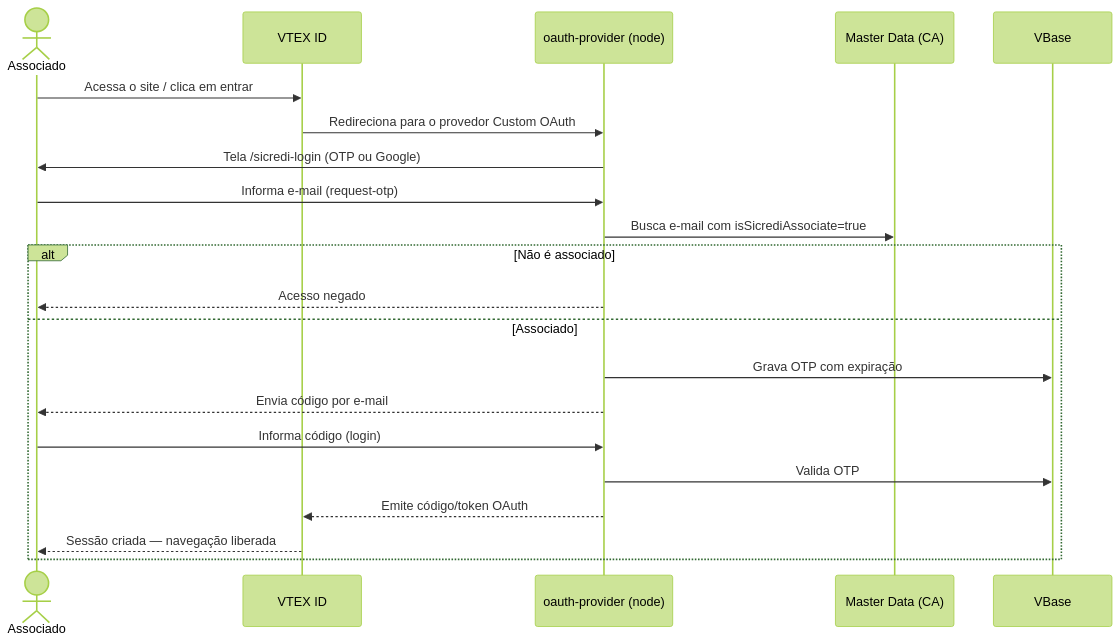
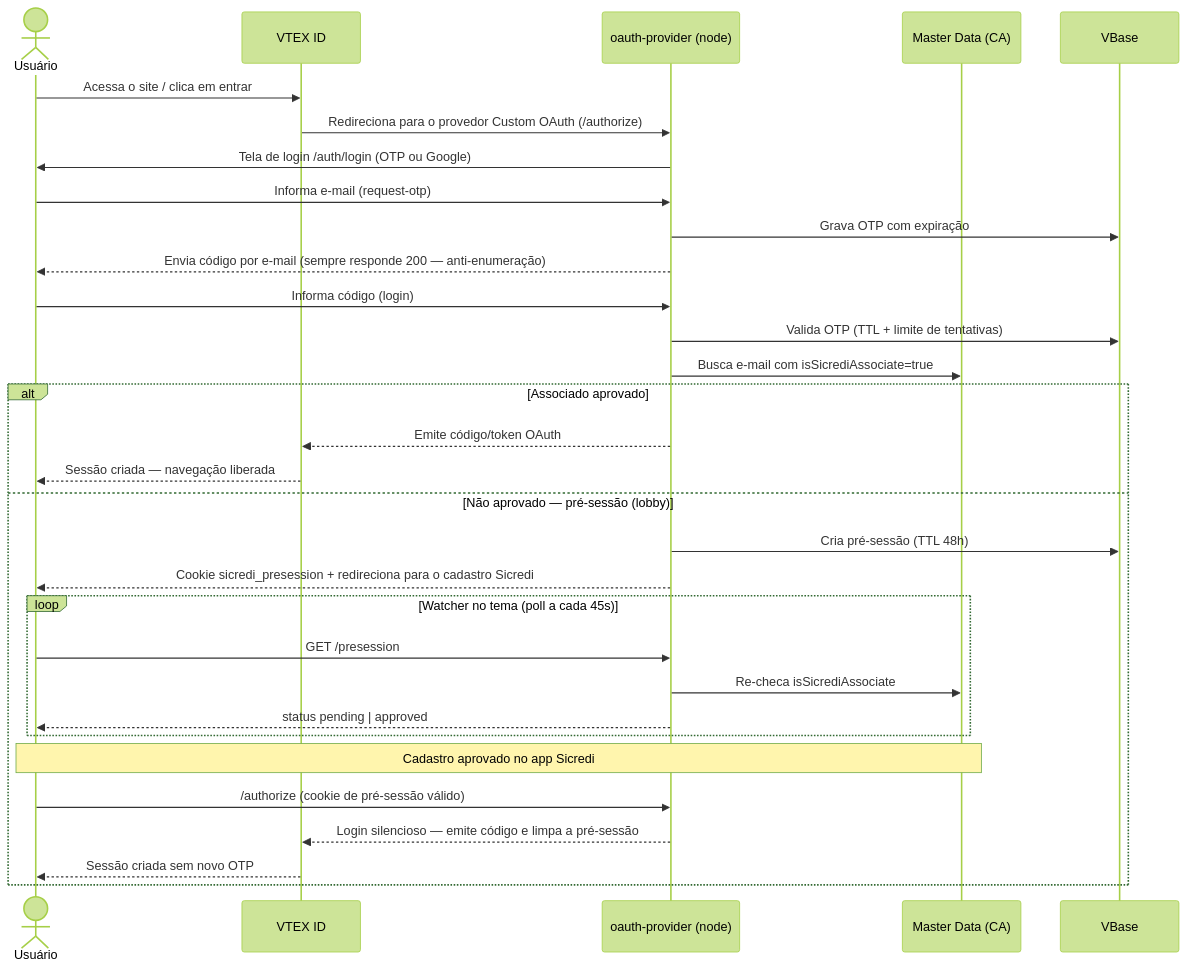
Before and after one commit to Leocadio94/sicredi.documentation: the second of 8 diagrams in ONBOARDING-DOMINIOS.md, drawn with Mermaid (forest theme). The commit also changed other lines of this file and 8 other files, not shown here.

Commit message:
feat: adiciona fluxo da pre-session nos diagramas

````diff
--- a/ONBOARDING-DOMINIOS.md
+++ b/ONBOARDING-DOMINIOS.md
@@ -88,24 +90,34 @@
 ```mermaid
 sequenceDiagram
-  actor U as Associado
+  actor U as Usuário
   participant ID as VTEX ID
   participant OP as oauth-provider (node)
   participant CA as Master Data (CA)
   participant VB as VBase
 
   U->>ID: Acessa o site / clica em entrar
-  ID->>OP: Redireciona para o provedor Custom OAuth
-  OP->>U: Tela /sicredi-login (OTP ou Google)
+  ID->>OP: Redireciona para o provedor Custom OAuth (/authorize)
+  OP->>U: Tela de login /auth/login (OTP ou Google)
   U->>OP: Informa e-mail (request-otp)
+  OP->>VB: Grava OTP com expiração
+  OP-->>U: Envia código por e-mail (sempre responde 200 — anti-enumeração)
+  U->>OP: Informa código (login)
+  OP->>VB: Valida OTP (TTL + limite de tentativas)
   OP->>CA: Busca e-mail com isSicrediAssociate=true
-  alt Não é associado
-    OP-->>U: Acesso negado
-  else Associado
-    OP->>VB: Grava OTP com expiração
-    OP-->>U: Envia código por e-mail
-    U->>OP: Informa código (login)
-    OP->>VB: Valida OTP
+  alt Associado aprovado
     OP-->>ID: Emite código/token OAuth
     ID-->>U: Sessão criada — navegação liberada
+  else Não aprovado — pré-sessão (lobby)
+    OP->>VB: Cria pré-sessão (TTL 48h)
+    OP-->>U: Cookie sicredi_presession + redireciona para o cadastro Sicredi
+    loop Watcher no tema (poll a cada 45s)
+      U->>OP: GET /presession
+      OP->>CA: Re-checa isSicrediAssociate
+      OP-->>U: status pending | approved
+    end
+    Note over U,CA: Cadastro aprovado no app Sicredi
+    U->>OP: /authorize (cookie de pré-sessão válido)
+    OP-->>ID: Login silencioso — emite código e limpa a pré-sessão
+    ID-->>U: Sessão criada sem novo OTP
   end
 ```
````
